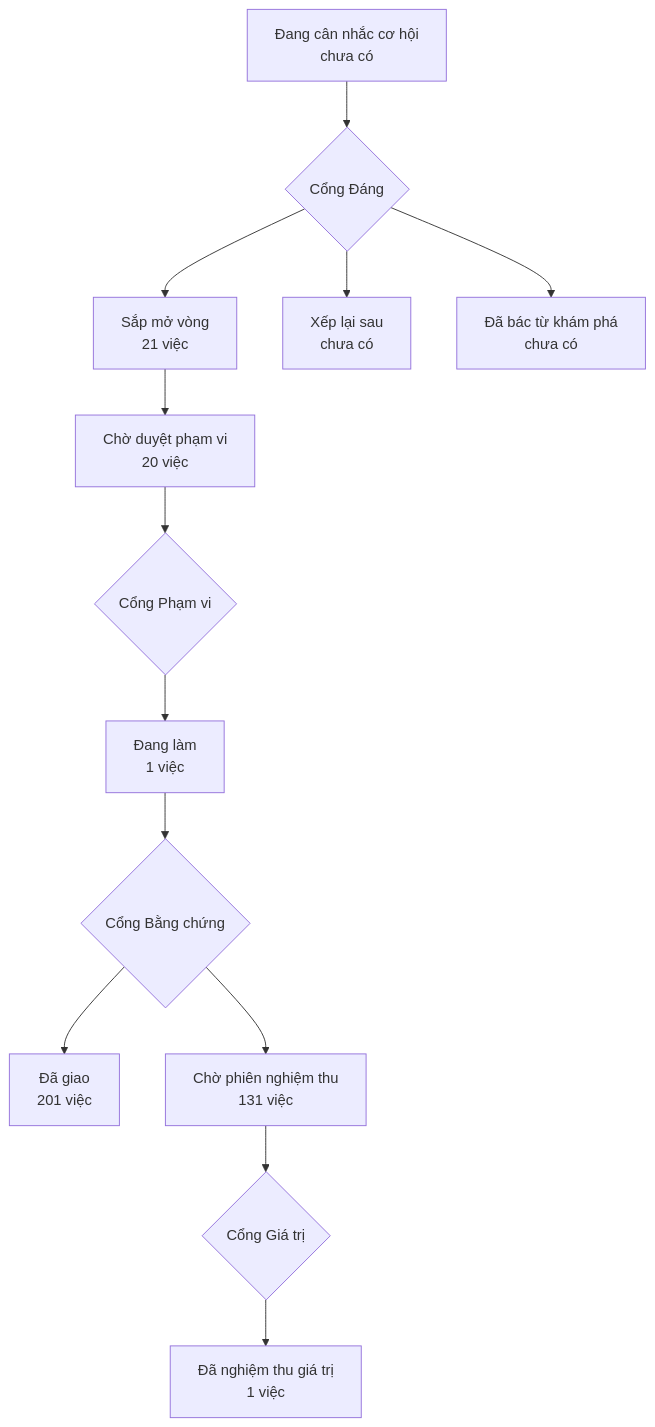
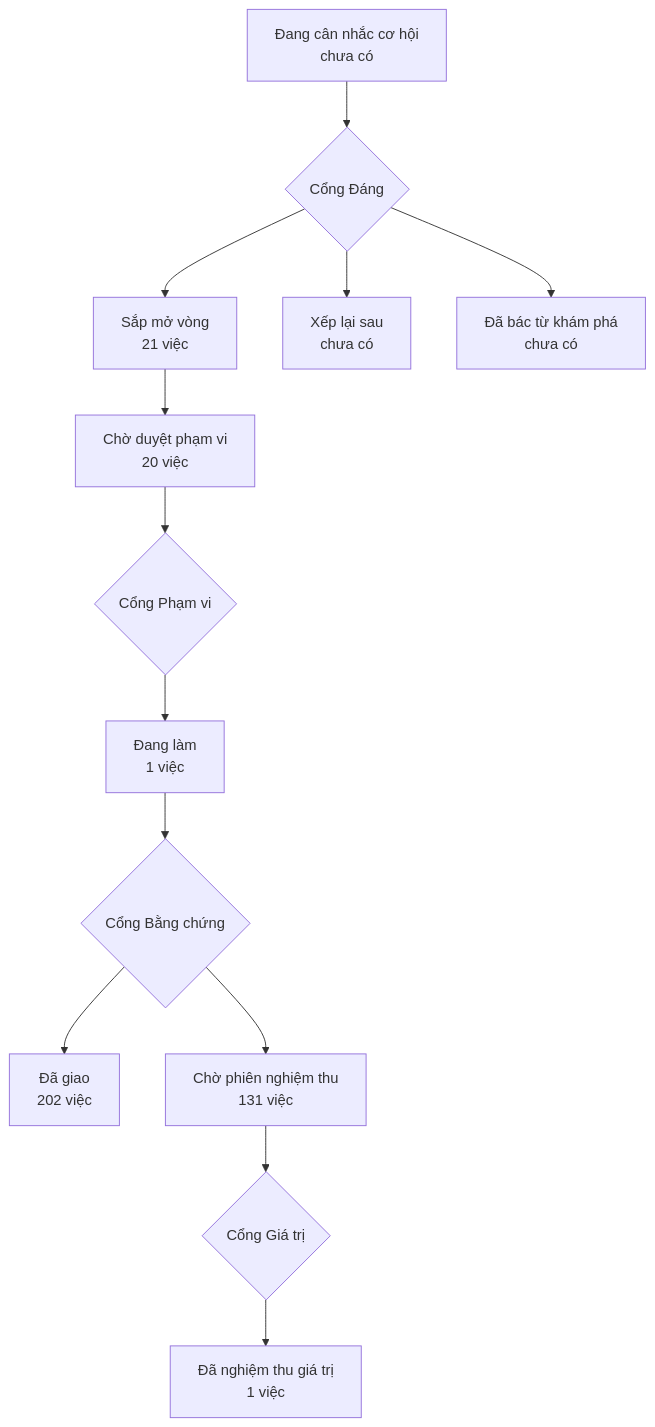
The diagram in PRODUCT-MAP.md (phanlemanh/onehub-invest), drawn with Mermaid before and after one commit. The commit also changed other lines of this file and 1 other file, not shown here.

Commit message:
chore(map): vẽ lại bản đồ sau khi gộp main

````diff
--- a/PRODUCT-MAP.md
+++ b/PRODUCT-MAP.md
@@ -7,12 +7,12 @@
 ```mermaid
 flowchart TD
   A["Đang cân nhắc cơ hội<br/>chưa có"] --> GD{"Cổng Đáng"}
   GD --> B["Sắp mở vòng<br/>21 việc"]
   GD --> XL["Xếp lại sau<br/>chưa có"]
   GD --> DB["Đã bác từ khám phá<br/>chưa có"]
   B --> CD["Chờ duyệt phạm vi<br/>20 việc"] --> GP{"Cổng Phạm vi"}
   GP --> DL["Đang làm<br/>1 việc"] --> GB{"Cổng Bằng chứng"}
-  GB --> DG["Đã giao<br/>201 việc"]
+  GB --> DG["Đã giao<br/>202 việc"]
   GB --> CN["Chờ phiên nghiệm thu<br/>131 việc"] --> GG{"Cổng Giá trị"}
   GG --> NT["Đã nghiệm thu giá trị<br/>1 việc"]
 ```
````
